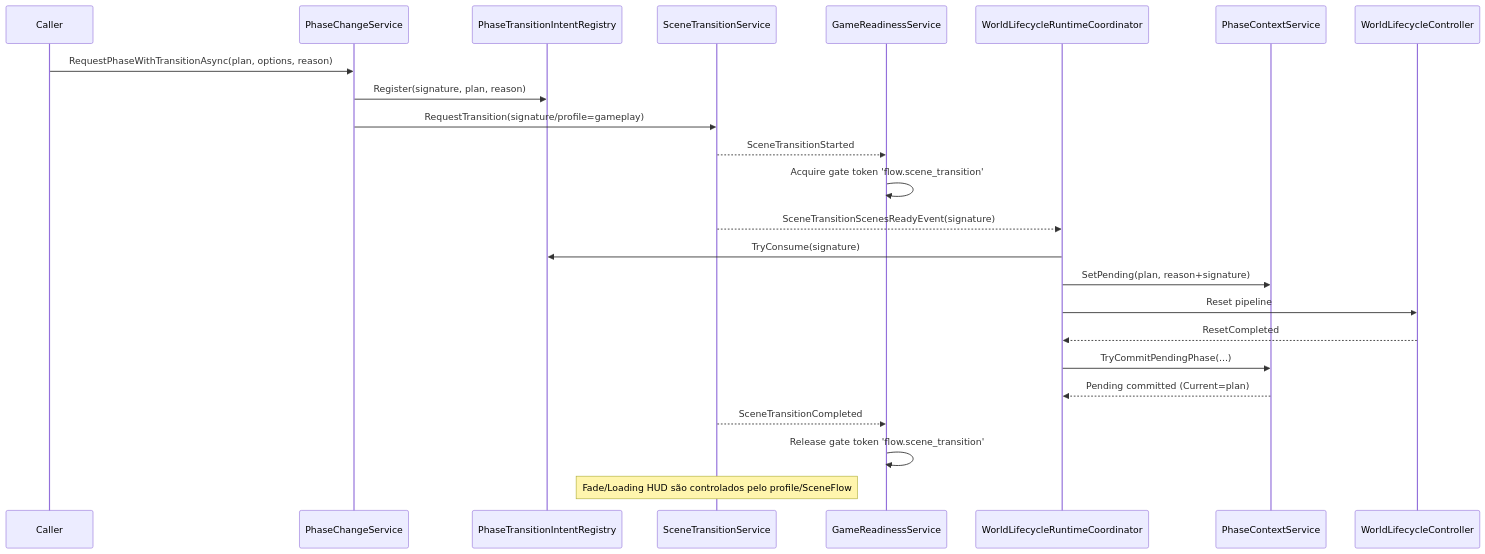
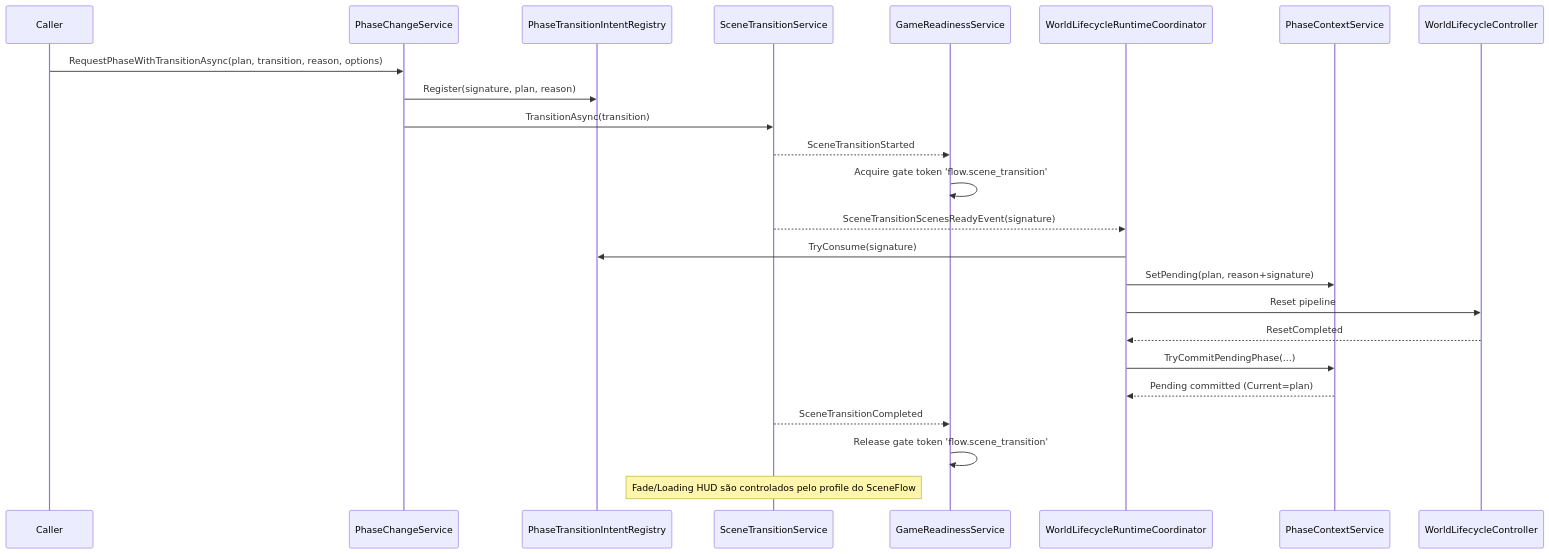
Before and after one commit to ImmersiveGames/GameJam2025: the second of 2 diagrams in Assets/_ImmersiveGames/NewScripts/Docs/ADRs/ADR-0017-Tipos-de-troca-fase.md, drawn with Mermaid. The commit also changed other lines of this file and 4 other files, not shown here.

````diff
--- a/Assets/_ImmersiveGames/NewScripts/Docs/ADRs/ADR-0017-Tipos-de-troca-fase.md
+++ b/Assets/_ImmersiveGames/NewScripts/Docs/ADRs/ADR-0017-Tipos-de-troca-fase.md
@@ -70,28 +97,28 @@
 ```mermaid
 sequenceDiagram
     participant Caller as Caller
     participant PhaseChange as PhaseChangeService
     participant Intent as PhaseTransitionIntentRegistry
     participant SceneFlow as SceneTransitionService
     participant Readiness as GameReadinessService
     participant WL as WorldLifecycleRuntimeCoordinator
     participant PhaseCtx as PhaseContextService
     participant WLC as WorldLifecycleController
 
-    Caller->>PhaseChange: RequestPhaseWithTransitionAsync(plan, options, reason)
+    Caller->>PhaseChange: RequestPhaseWithTransitionAsync(plan, transition, reason, options)
     PhaseChange->>Intent: Register(signature, plan, reason)
-    PhaseChange->>SceneFlow: RequestTransition(signature/profile=gameplay)
+    PhaseChange->>SceneFlow: TransitionAsync(transition)
     SceneFlow-->>Readiness: SceneTransitionStarted
     Readiness->>Readiness: Acquire gate token 'flow.scene_transition'
     SceneFlow-->>WL: SceneTransitionScenesReadyEvent(signature)
     WL->>Intent: TryConsume(signature)
     WL->>PhaseCtx: SetPending(plan, reason+signature)
     WL->>WLC: Reset pipeline
     WLC-->>WL: ResetCompleted
     WL->>PhaseCtx: TryCommitPendingPhase(...)
     PhaseCtx-->>WL: Pending committed (Current=plan)
     SceneFlow-->>Readiness: SceneTransitionCompleted
     Readiness->>Readiness: Release gate token 'flow.scene_transition'
 
-    Note over SceneFlow: Fade/Loading HUD são controlados pelo profile/SceneFlow
+    Note over SceneFlow: Fade/Loading HUD são controlados pelo profile do SceneFlow
 ```
````
